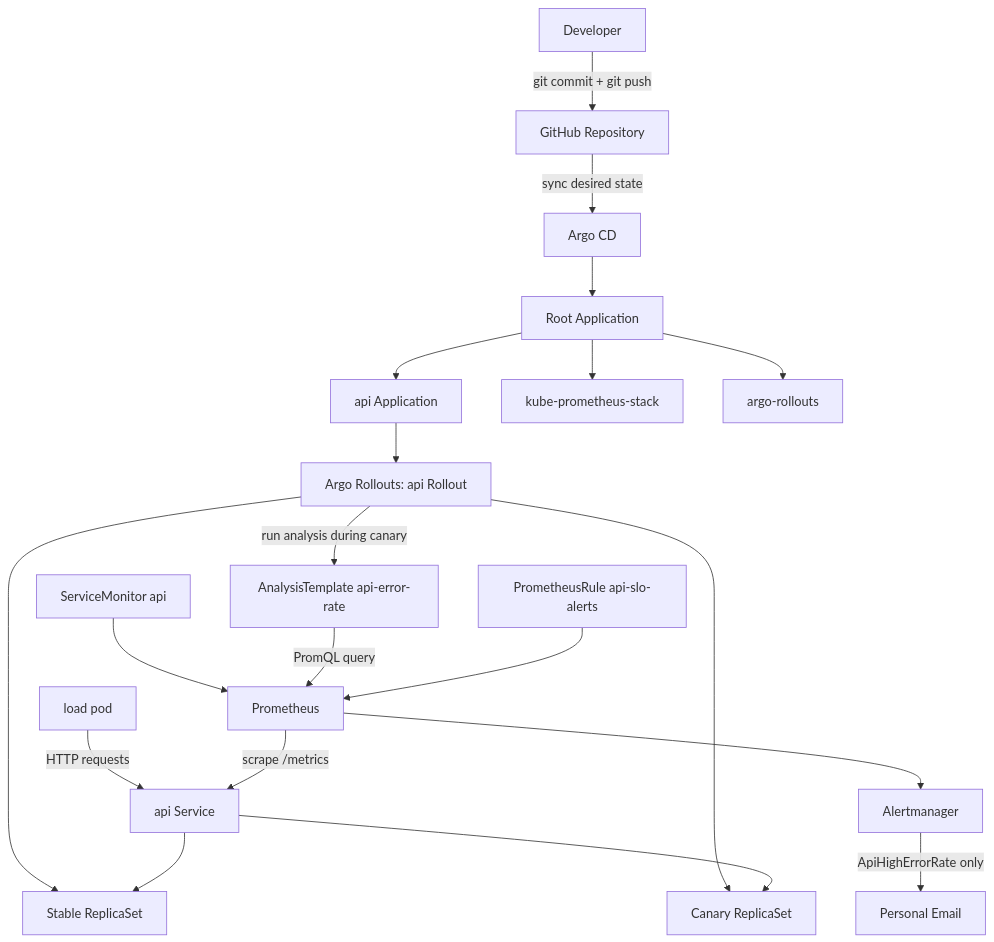
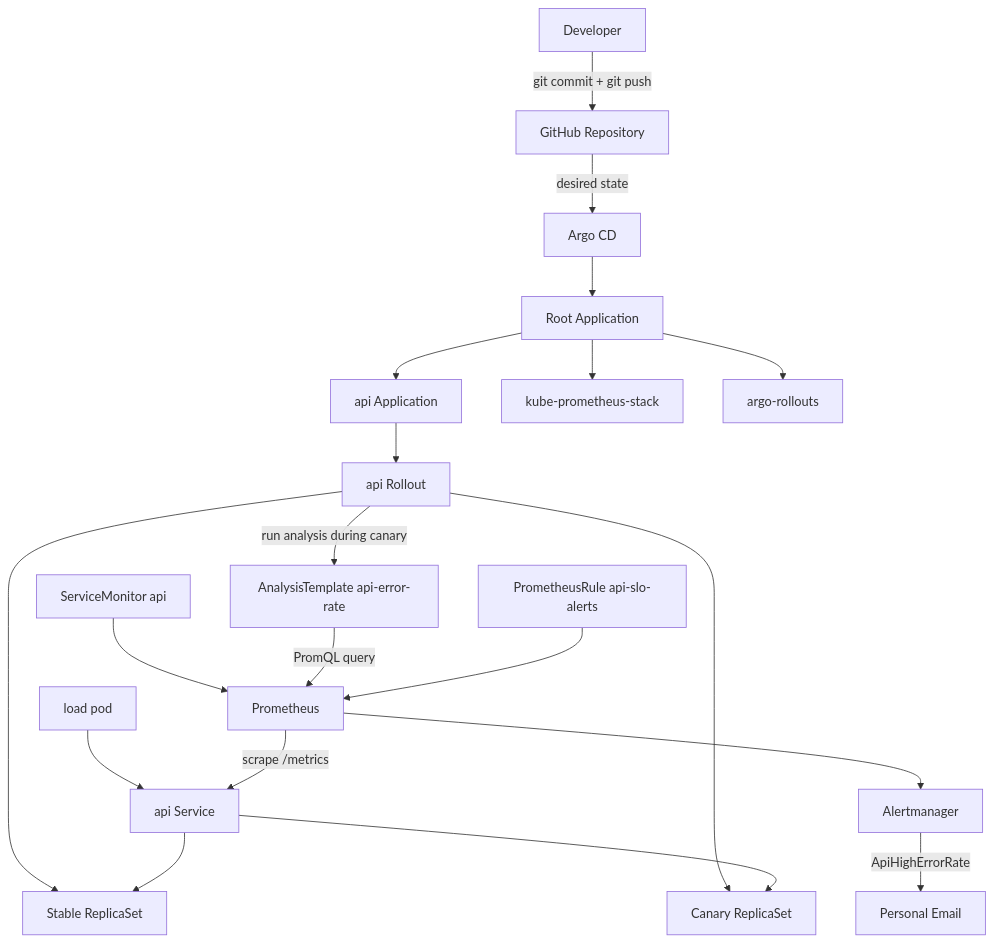
The diagram in README.md (VietSory/gitops), drawn with Mermaid before and after one commit. The commit also changed other lines of this file and 10 other files, not shown here.

````diff
--- a/README.md
+++ b/README.md
@@ -21,30 +21,28 @@
 ```mermaid
 flowchart TD
     Dev[Developer] -->|git commit + git push| GitHub[GitHub Repository]
+    GitHub -->|desired state| ArgoCD[Argo CD]
 
-    GitHub -->|sync desired state| ArgoCD[Argo CD]
+    ArgoCD --> Root[Root Application]
+    Root --> ApiApp[api Application]
+    Root --> PromApp[kube-prometheus-stack]
+    Root --> RolloutsApp[argo-rollouts]
 
-    ArgoCD --> RootApp[Root Application]
-    RootApp --> ApiApp[api Application]
-    RootApp --> PromStack[kube-prometheus-stack]
-    RootApp --> RolloutsApp[argo-rollouts]
-
-    ApiApp --> Rollout[Argo Rollouts: api Rollout]
+    ApiApp --> Rollout[api Rollout]
     Rollout --> StableRS[Stable ReplicaSet]
     Rollout --> CanaryRS[Canary ReplicaSet]
 
-    Service[api Service] --> StableRS
-    Service --> CanaryRS
-
-    LoadPod[load pod] -->|HTTP requests| Service
+    LoadPod[load pod] --> ApiSvc[api Service]
+    ApiSvc --> StableRS
+    ApiSvc --> CanaryRS
 
     ServiceMonitor[ServiceMonitor api] --> Prometheus[Prometheus]
-    Prometheus -->|scrape /metrics| Service
+    Prometheus -->|scrape /metrics| ApiSvc
 
     AnalysisTemplate[AnalysisTemplate api-error-rate] -->|PromQL query| Prometheus
     Rollout -->|run analysis during canary| AnalysisTemplate
 
     PrometheusRule[PrometheusRule api-slo-alerts] --> Prometheus
     Prometheus --> Alertmanager[Alertmanager]
-    Alertmanager -->|ApiHighErrorRate only| Email[Personal Email]
+    Alertmanager -->|ApiHighErrorRate| Email[Personal Email]
 ```
````
